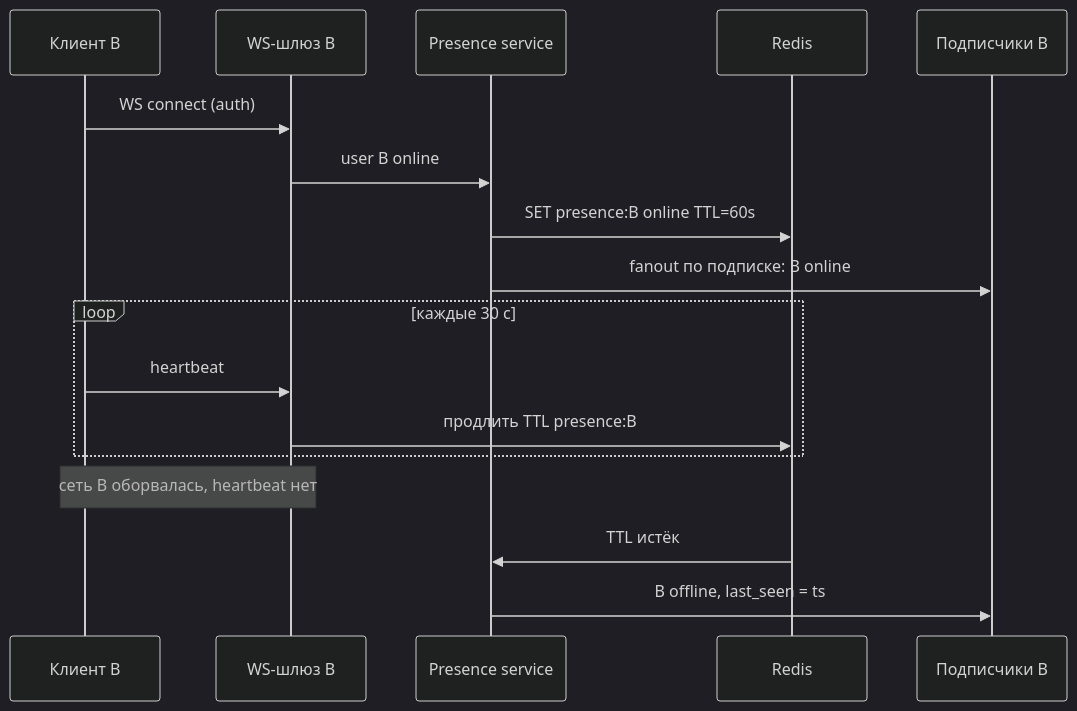
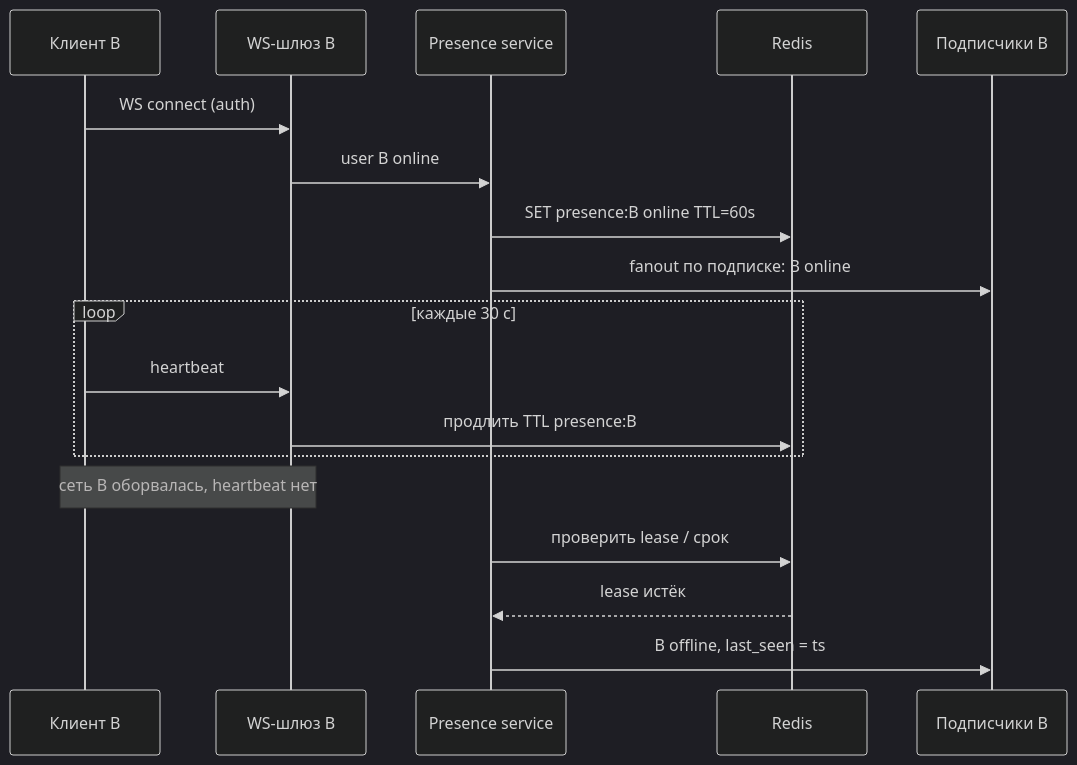
One commit to AlohaJava/system-design-interview-chamkin changed the fifth of 6 diagrams in 02-case-studies/chat-messenger.md. Above: the diagram before and after it, drawn with Mermaid (dark theme). The commit also changed other lines of this file and 49 other files, not shown here.

````diff
--- a/02-case-studies/chat-messenger.md
+++ b/02-case-studies/chat-messenger.md
@@ -304,20 +288,21 @@
 ```mermaid
 sequenceDiagram
     participant C as Клиент B
     participant GW as WS-шлюз B
     participant P as Presence service
     participant R as Redis
     participant S as Подписчики B
 
     C->>GW: WS connect (auth)
     GW->>P: user B online
     P->>R: SET presence:B online TTL=60s
     P->>S: fanout по подписке: B online
     loop каждые 30 с
         C->>GW: heartbeat
         GW->>R: продлить TTL presence:B
     end
     Note over C,GW: сеть B оборвалась, heartbeat нет
-    R->>P: TTL истёк
+    P->>R: проверить lease / срок
+    R-->>P: lease истёк
     P->>S: B offline, last_seen = ts
 ```
````
